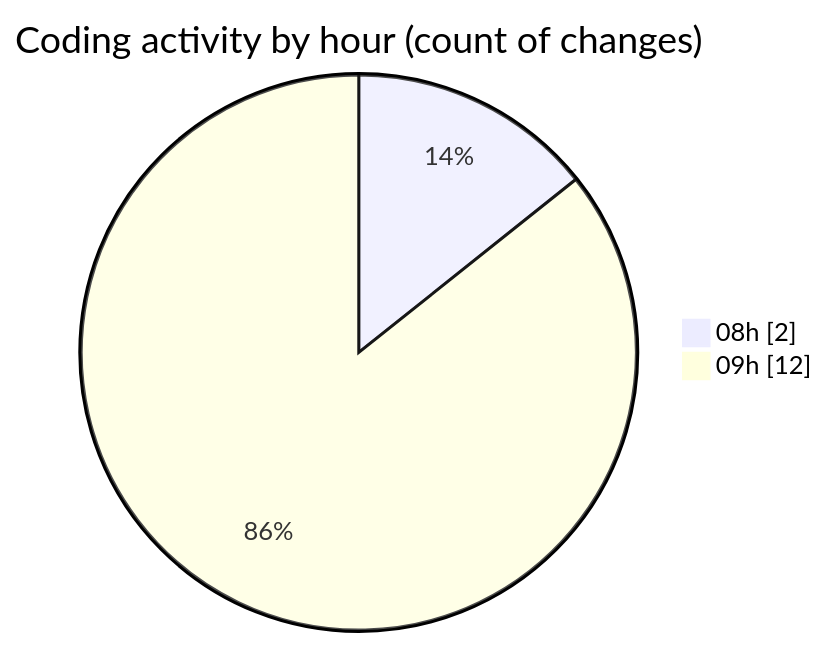
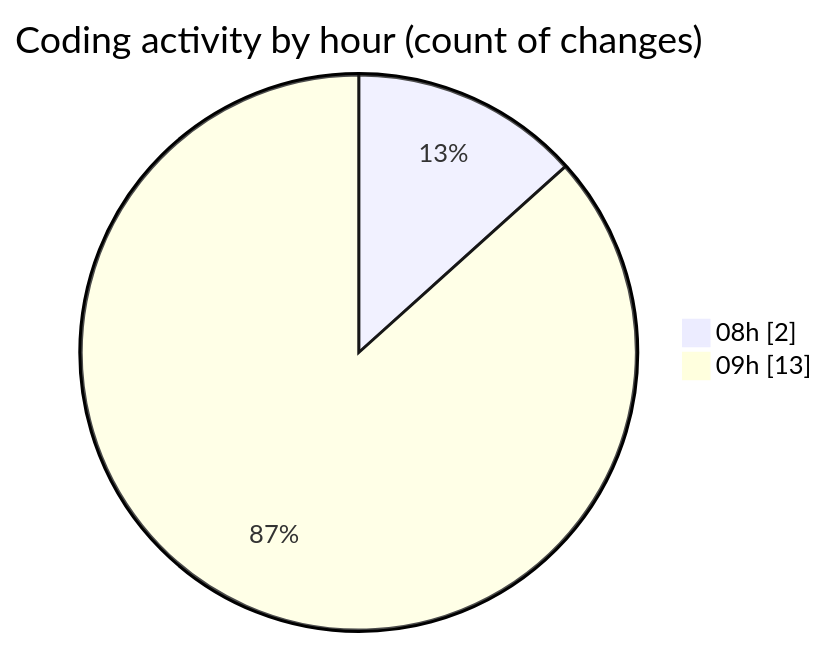
The second of 2 diagrams in 2025-03-26/kml/README.md (LanceThiago/code-tracking), drawn with Mermaid before and after one commit. The commit also changed other lines of this file and 1 other file, not shown here.

````diff
--- a/2025-03-26/kml/README.md
+++ b/2025-03-26/kml/README.md
@@ -28,6 +28,6 @@
 ```mermaid
 pie showData
 title Coding activity by hour (count of changes)
 "08h" : 2
-"09h" : 12
+"09h" : 13
 ```
````
